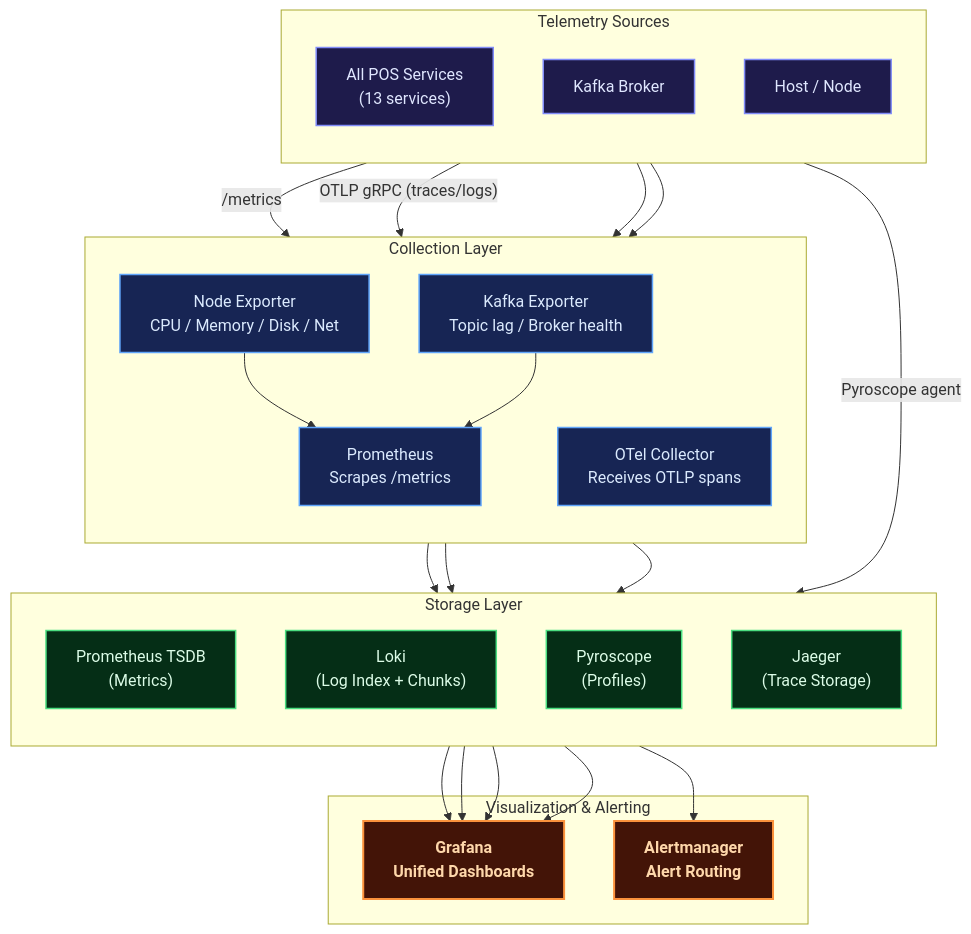
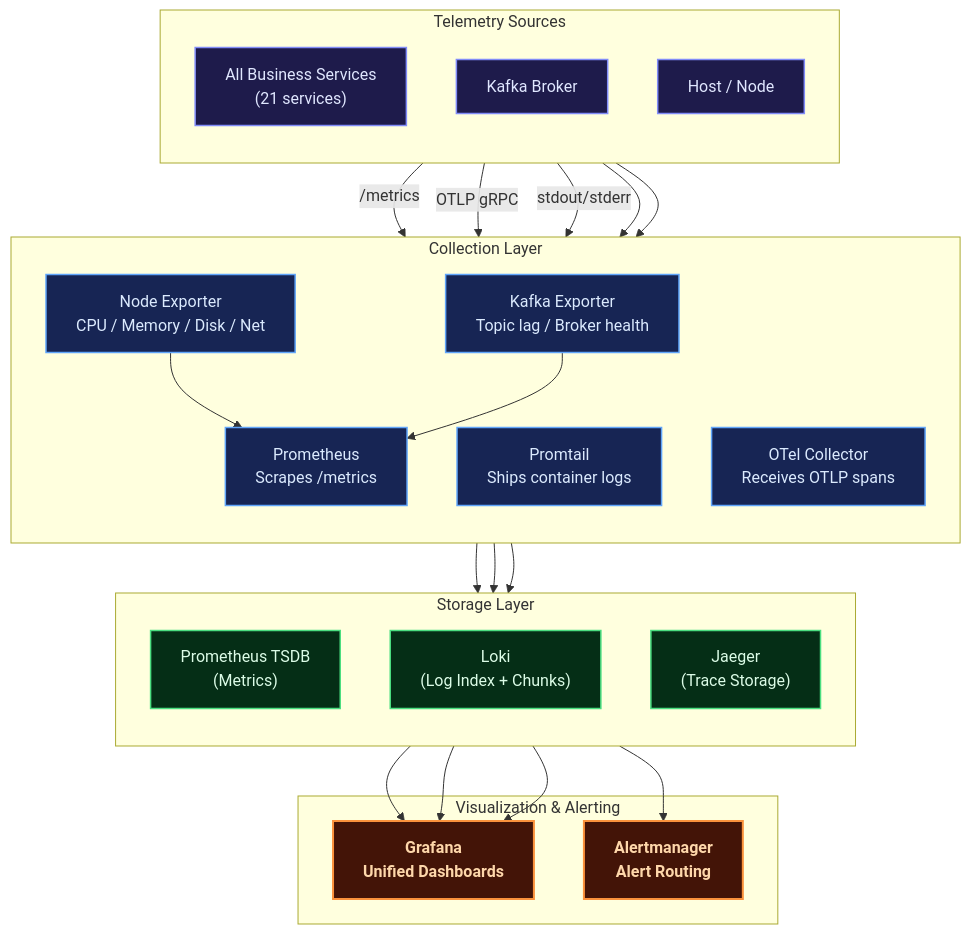
The sixth of 8 diagrams in README.md (MamangRust/monolith-graphql-pointofsale-grpc), drawn with Mermaid before and after one commit. The commit also changed other lines of this file, not shown here.

Commit message:
docs: update README with refined service architecture, infrastructure stack, and updated mermaid diagrams

````diff
--- a/README.md
+++ b/README.md
@@ -311,53 +311,52 @@
 ```mermaid
 graph TB
     classDef service fill:#1e1b4b,stroke:#818cf8,color:#e0e7ff,stroke-width:1.5px
     classDef collector fill:#172554,stroke:#60a5fa,color:#dbeafe,stroke-width:1.5px
     classDef storage fill:#052e16,stroke:#4ade80,color:#dcfce7,stroke-width:1.5px
     classDef viz fill:#431407,stroke:#fb923c,color:#fed7aa,stroke-width:2px,font-weight:bold
 
     subgraph Sources["Telemetry Sources"]
         direction TB
-        SVCS["All POS Services<br/>(13 services)"]:::service
+        SVCS["All Business Services<br/>(21 services)"]:::service
         KAFKA_SRC["Kafka Broker"]:::service
         NODES["Host / Node"]:::service
     end
 
     subgraph Collectors["Collection Layer"]
         direction TB
         PROM["Prometheus<br/>Scrapes /metrics"]:::collector
+        PROMTAIL["Promtail<br/>Ships container logs"]:::collector
         OTEL["OTel Collector<br/>Receives OTLP spans"]:::collector
         NODEX["Node Exporter<br/>CPU / Memory / Disk / Net"]:::collector
         KAFKAX["Kafka Exporter<br/>Topic lag / Broker health"]:::collector
     end
 
     subgraph Storage["Storage Layer"]
         direction TB
         PROM_TSDB["Prometheus TSDB<br/>(Metrics)"]:::storage
         LOKI_STORE["Loki<br/>(Log Index + Chunks)"]:::storage
-        PYRO_STORE["Pyroscope<br/>(Profiles)"]:::storage
         JAEGER_STORE["Jaeger<br/>(Trace Storage)"]:::storage
     end
 
     subgraph Visualization["Visualization & Alerting"]
         GRAFANA["Grafana<br/>Unified Dashboards"]:::viz
         ALERTMGR["Alertmanager<br/>Alert Routing"]:::viz
     end
 
     SVCS -->|"/metrics"| PROM
-    SVCS -->|"OTLP gRPC (traces/logs)"| OTEL
-    SVCS -->|"Pyroscope agent"| PYRO_STORE
+    SVCS -->|"OTLP gRPC"| OTEL
+    SVCS -->|"stdout/stderr"| PROMTAIL
     NODES --> NODEX
     KAFKA_SRC --> KAFKAX
 
     NODEX --> PROM
     KAFKAX --> PROM
     PROM --> PROM_TSDB
+    PROMTAIL --> LOKI_STORE
     OTEL --> JAEGER_STORE
-    OTEL --> LOKI_STORE
 
     PROM_TSDB --> GRAFANA
     LOKI_STORE --> GRAFANA
-    PYRO_STORE --> GRAFANA
     JAEGER_STORE --> GRAFANA
     PROM_TSDB --> ALERTMGR
 ```
````
